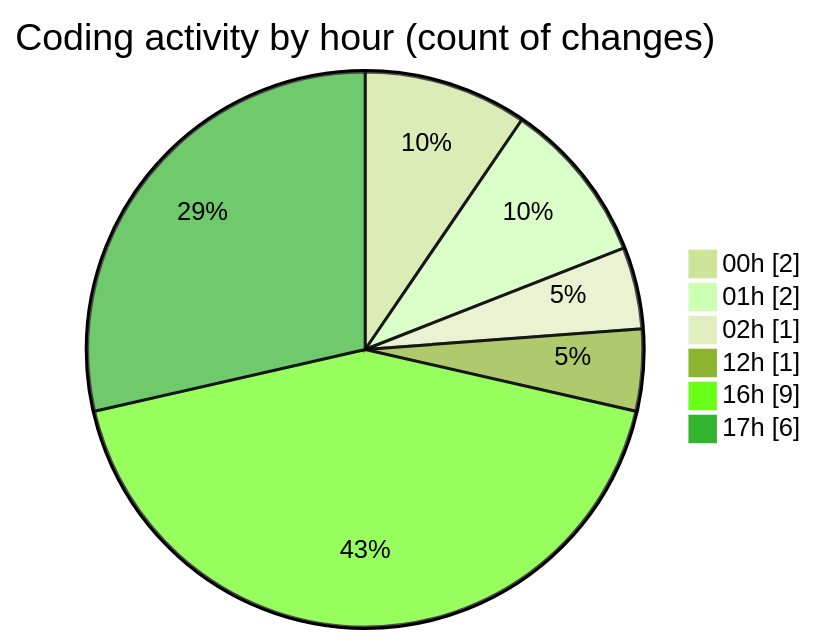
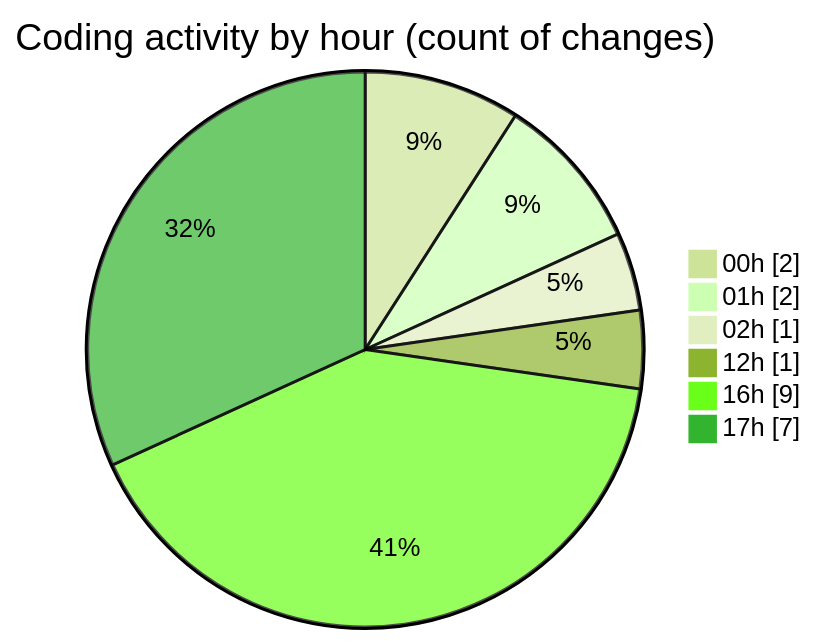
One commit to shibass792/code-tracking changed the second of 2 diagrams in 2026-07-09/twenty_versions_aminor/README.md. Above: the diagram before and after it, drawn with Mermaid (forest theme). The commit also changed other lines of this file and 1 other file, not shown here.

````diff
--- a/2026-07-09/twenty_versions_aminor/README.md
+++ b/2026-07-09/twenty_versions_aminor/README.md
@@ -37,10 +38,10 @@
 ```mermaid
 pie showData
 title Coding activity by hour (count of changes)
 "00h" : 2
 "01h" : 2
 "02h" : 1
 "12h" : 1
 "16h" : 9
-"17h" : 6
+"17h" : 7
 ```
````
